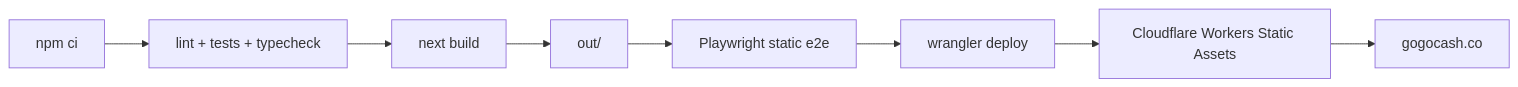
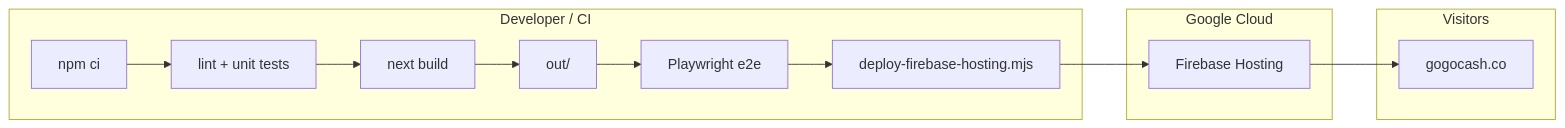
The diagram in README.md (mygogocash/gogocash-landing-page), drawn with Mermaid before and after one commit. The commit also changed other lines of this file and 365 other files, not shown here.

````diff
--- a/README.md
+++ b/README.md
@@ -20,10 +48,16 @@
 ```mermaid
 flowchart LR
-  A["npm ci"] --> B["lint + tests + typecheck"]
-  B --> C["next build"]
-  C --> D["out/"]
-  D --> E["Playwright static e2e"]
-  E --> F["wrangler deploy"]
-  F --> G["Cloudflare Workers Static Assets"]
-  G --> H["gogocash.co"]
+  subgraph dev["Developer / CI"]
+    A["npm ci"] --> B["lint + unit tests"]
+    B --> C["next build"]
+    C --> D["out/"]
+    D --> E["Playwright e2e"]
+    E --> F["deploy-firebase-hosting.mjs"]
+  end
+  subgraph cloud["Google Cloud"]
+    F --> G["Firebase Hosting"]
+  end
+  subgraph users["Visitors"]
+    G --> H["gogocash.co"]
+  end
 ```
````
